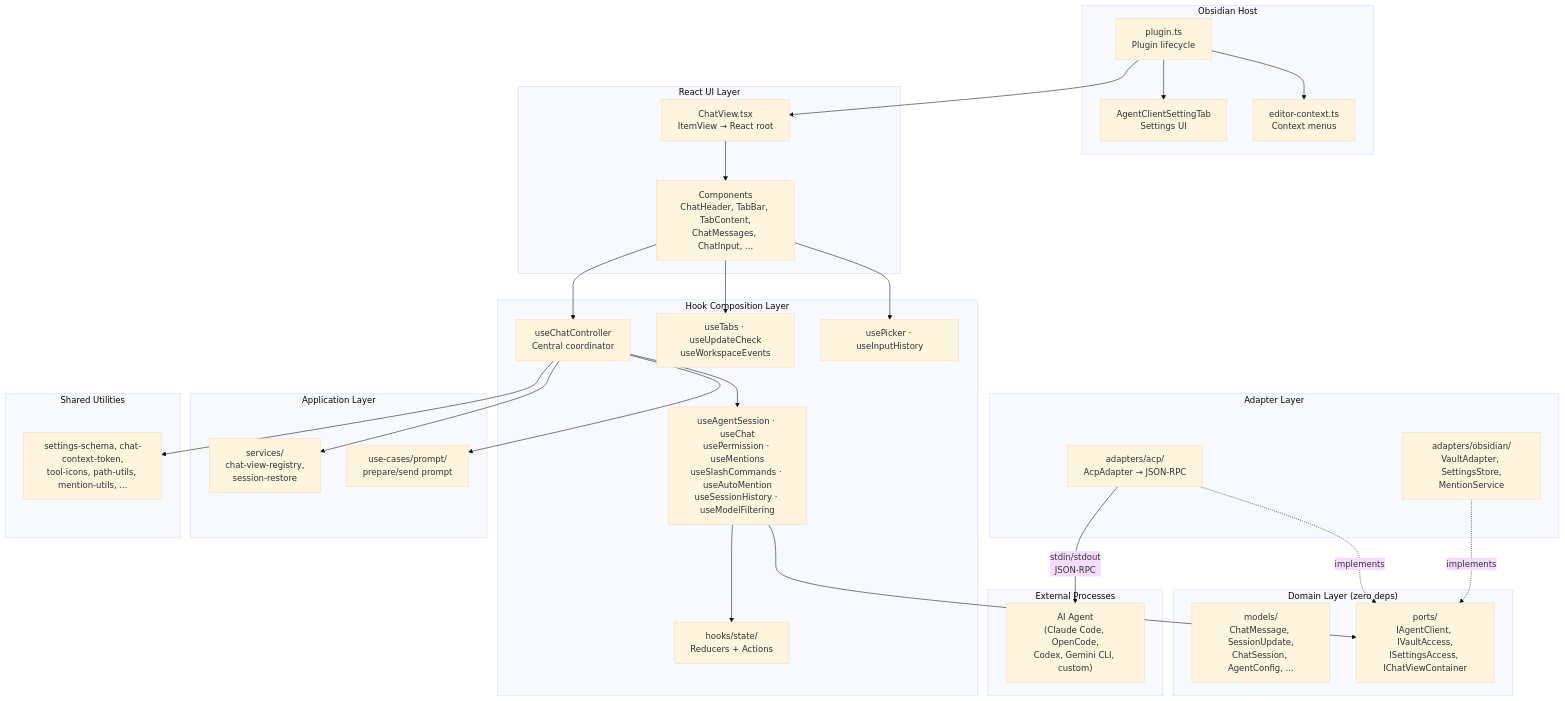
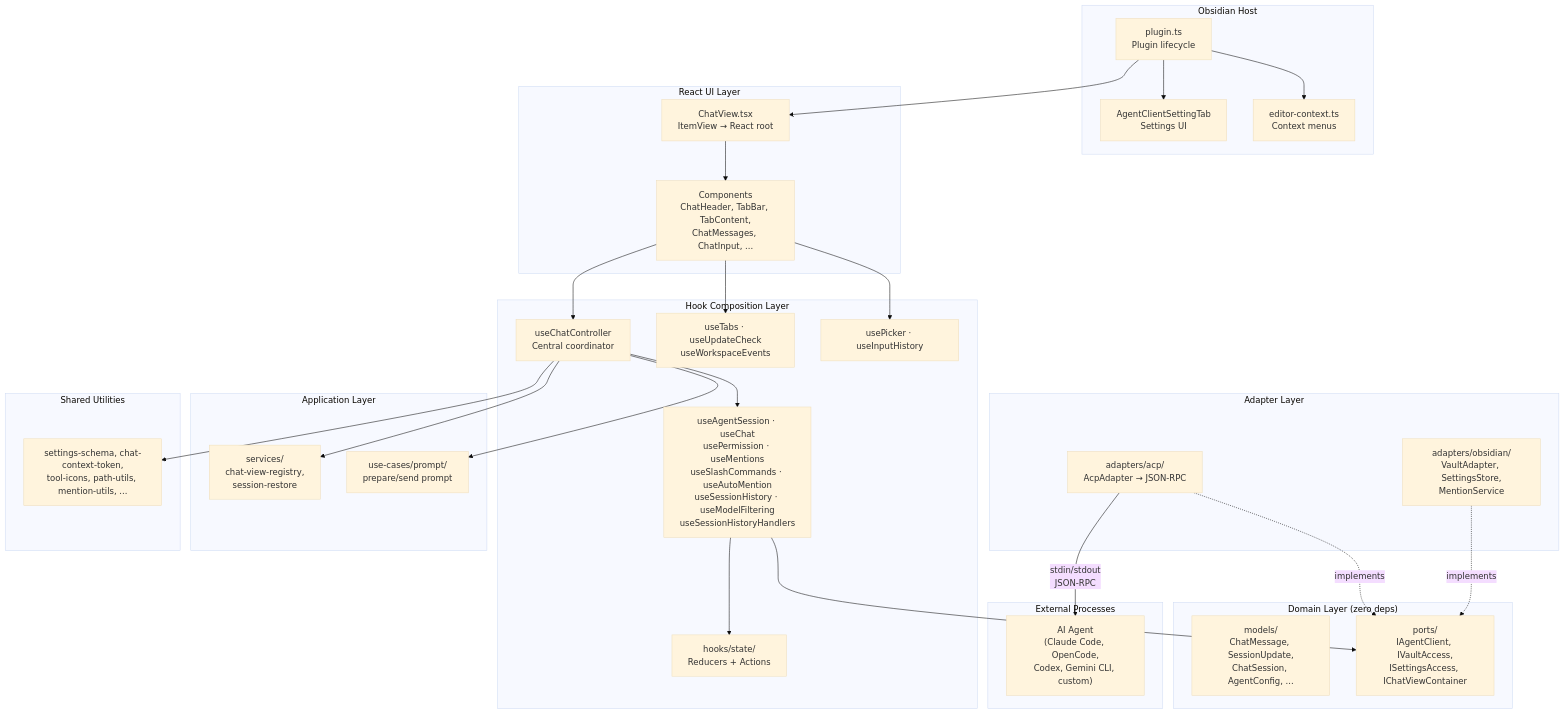
The first of 5 diagrams in CONTRIBUTING.md (shuuul/obsius), drawn with Mermaid (base theme) before and after one commit. The commit also changed other lines of this file and 36 other files, not shown here.

````diff
--- a/CONTRIBUTING.md
+++ b/CONTRIBUTING.md
@@ -20,61 +20,61 @@
 ```mermaid
 graph TB
     subgraph Obsidian["Obsidian Host"]
         Plugin["plugin.ts<br/>Plugin lifecycle"]
         Settings["AgentClientSettingTab<br/>Settings UI"]
         EditorCtx["editor-context.ts<br/>Context menus"]
     end
 
     subgraph UI["React UI Layer"]
         ChatView["ChatView.tsx<br/>ItemView → React root"]
         Components["Components<br/>ChatHeader, TabBar, TabContent,<br/>ChatMessages, ChatInput, ..."]
     end
 
     subgraph Hooks["Hook Composition Layer"]
         Controller["useChatController<br/>Central coordinator"]
-        SubHooks["useAgentSession · useChat<br/>usePermission · useMentions<br/>useSlashCommands · useAutoMention<br/>useSessionHistory · useModelFiltering"]
+        SubHooks["useAgentSession · useChat<br/>usePermission · useMentions<br/>useSlashCommands · useAutoMention<br/>useSessionHistory · useModelFiltering<br/>useSessionHistoryHandlers"]
         ViewHooks["useTabs · useUpdateCheck<br/>useWorkspaceEvents"]
         InputHooks["usePicker · useInputHistory"]
         State["hooks/state/<br/>Reducers + Actions"]
     end
 
     subgraph Domain["Domain Layer (zero deps)"]
         Models["models/<br/>ChatMessage, SessionUpdate,<br/>ChatSession, AgentConfig, ..."]
         Ports["ports/<br/>IAgentClient, IVaultAccess,<br/>ISettingsAccess, IChatViewContainer"]
     end
 
     subgraph Adapters["Adapter Layer"]
         ACP["adapters/acp/<br/>AcpAdapter → JSON-RPC"]
         ObsAdapters["adapters/obsidian/<br/>VaultAdapter, SettingsStore,<br/>MentionService"]
     end
 
     subgraph Application["Application Layer"]
         AppSvc["services/<br/>chat-view-registry,<br/>session-restore"]
         AppUseCases["use-cases/prompt/<br/>prepare/send prompt"]
     end
 
     subgraph Shared["Shared Utilities"]
         Utils["settings-schema, chat-context-token,<br/>tool-icons, path-utils, mention-utils, ..."]
     end
 
     subgraph External["External Processes"]
         Agent["AI Agent<br/>(Claude Code, OpenCode,<br/>Codex, Gemini CLI, custom)"]
     end
 
     Plugin --> ChatView
     Plugin --> Settings
     Plugin --> EditorCtx
     ChatView --> Components
     Components --> Controller
     Components --> ViewHooks
     Components --> InputHooks
     Controller --> SubHooks
     SubHooks --> State
     SubHooks --> Ports
     Controller --> AppSvc
     Controller --> AppUseCases
     Controller --> Utils
     ACP -.->|implements| Ports
     ObsAdapters -.->|implements| Ports
     ACP -->|stdin/stdout<br/>JSON-RPC| Agent
 ```
````
